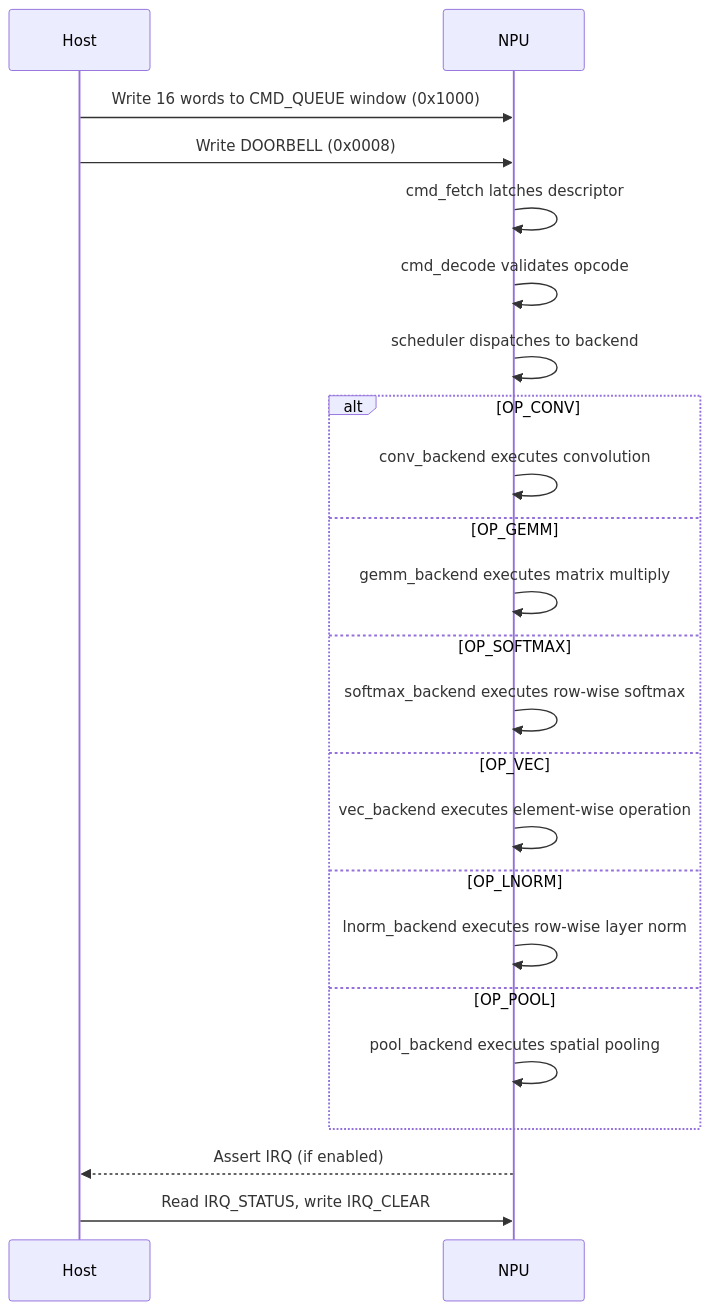
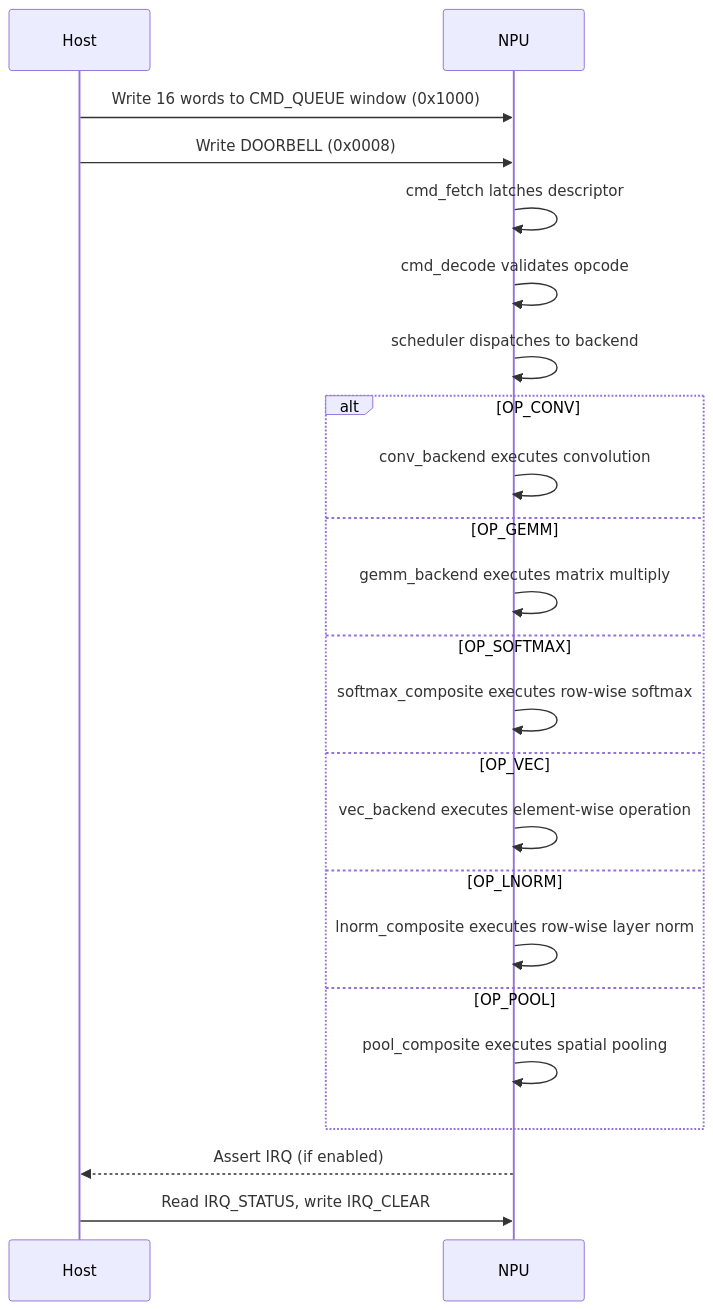
Before and after one commit to Arty3/lg-npu: the diagram in docs/spec/command_format.md, drawn with Mermaid. The commit also changed 33 other files, not shown here.

````diff
--- a/docs/spec/command_format.md
+++ b/docs/spec/command_format.md
@@ -199,25 +199,25 @@
 ```mermaid
 sequenceDiagram
     participant Host
     participant NPU
     Host->>NPU: Write 16 words to CMD_QUEUE window (0x1000)
     Host->>NPU: Write DOORBELL (0x0008)
     NPU->>NPU: cmd_fetch latches descriptor
     NPU->>NPU: cmd_decode validates opcode
     NPU->>NPU: scheduler dispatches to backend
     alt OP_CONV
         NPU->>NPU: conv_backend executes convolution
     else OP_GEMM
         NPU->>NPU: gemm_backend executes matrix multiply
     else OP_SOFTMAX
-        NPU->>NPU: softmax_backend executes row-wise softmax
+        NPU->>NPU: softmax_composite executes row-wise softmax
     else OP_VEC
         NPU->>NPU: vec_backend executes element-wise operation
     else OP_LNORM
-        NPU->>NPU: lnorm_backend executes row-wise layer norm
+        NPU->>NPU: lnorm_composite executes row-wise layer norm
     else OP_POOL
-        NPU->>NPU: pool_backend executes spatial pooling
+        NPU->>NPU: pool_composite executes spatial pooling
     end
     NPU-->>Host: Assert IRQ (if enabled)
     Host->>NPU: Read IRQ_STATUS, write IRQ_CLEAR
 ```
````
